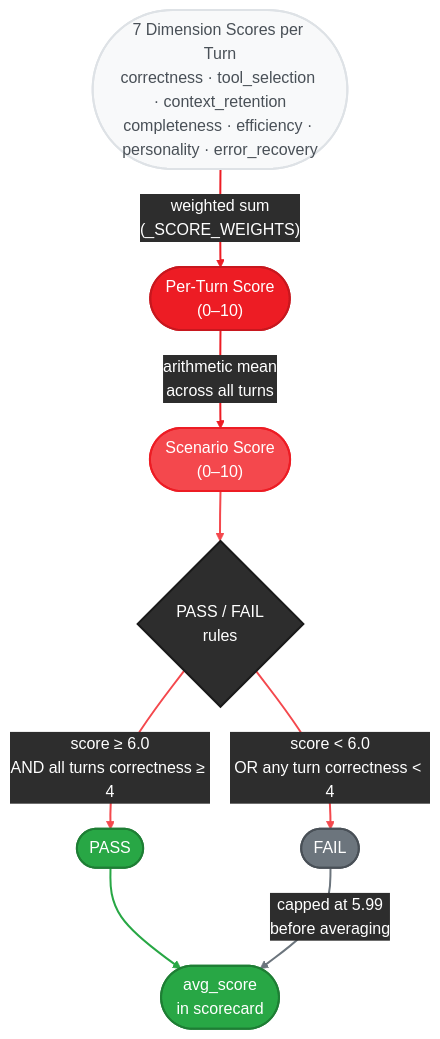
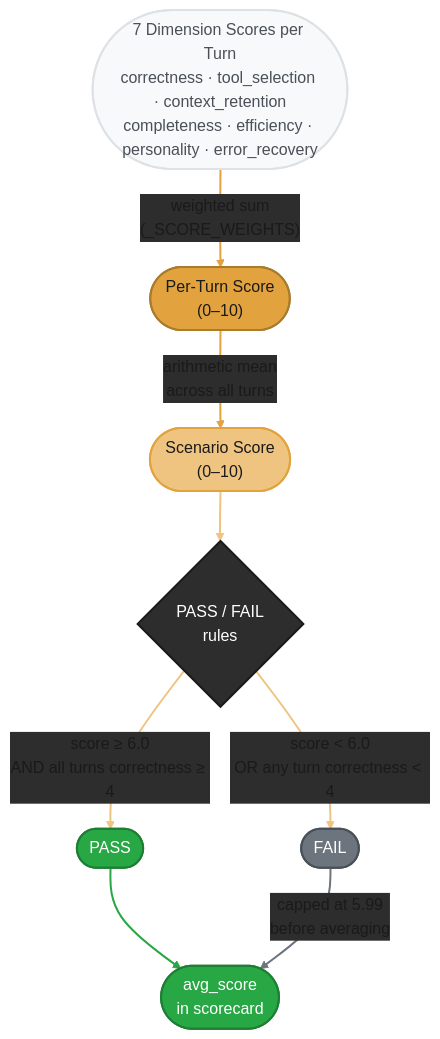
One commit to amd/gaia changed the third of 4 diagrams in docs/eval.mdx. Above: the diagram before and after it, drawn with Mermaid. The commit also changed other lines of this file and 37 other files, not shown here.

````diff
--- a/docs/eval.mdx
+++ b/docs/eval.mdx
@@ -162,27 +162,27 @@
 ```mermaid
-%%{init: {'theme':'base', 'themeVariables': { 'primaryColor':'#ED1C24', 'primaryTextColor':'#fff', 'primaryBorderColor':'#C8171E', 'lineColor':'#F4484D', 'secondaryColor':'#2d2d2d', 'tertiaryColor':'#f5f5f5', 'fontFamily': 'system-ui, -apple-system, sans-serif'}}}%%
+%%{init: {'theme':'base', 'themeVariables': { 'primaryColor':'#E2A33E', 'primaryTextColor':'#1a1a1a', 'primaryBorderColor':'#A87B2D', 'lineColor':'#EFC480', 'secondaryColor':'#2d2d2d', 'tertiaryColor':'#f5f5f5', 'fontFamily': 'system-ui, -apple-system, sans-serif'}}}%%
 flowchart TD
     DIM(["7 Dimension Scores per Turn\ncorrectness · tool_selection · context_retention\ncompleteness · efficiency · personality · error_recovery"]) -->|"weighted sum\n(_SCORE_WEIGHTS)"| PT(["Per-Turn Score\n(0–10)"])
 
     PT -->|"arithmetic mean\nacross all turns"| SS(["Scenario Score\n(0–10)"])
 
     SS --> RULES{"PASS / FAIL\nrules"}
     RULES -->|"score ≥ 6.0\nAND all turns correctness ≥ 4"| PASS(["PASS"])
     RULES -->|"score < 6.0\nOR any turn correctness < 4"| FAIL(["FAIL"])
 
     PASS --> AVG(["avg_score\nin scorecard"])
     FAIL -->|"capped at 5.99\nbefore averaging"| AVG
 
     style DIM fill:#f8f9fa,stroke:#dee2e6,stroke-width:2px,color:#495057
-    style PT fill:#ED1C24,stroke:#C8171E,stroke-width:2px,color:#fff
-    style SS fill:#F4484D,stroke:#ED1C24,stroke-width:2px,color:#fff
+    style PT fill:#E2A33E,stroke:#A87B2D,stroke-width:2px,color:#1a1a1a
+    style SS fill:#EFC480,stroke:#E2A33E,stroke-width:2px,color:#1a1a1a
     style RULES fill:#2d2d2d,stroke:#1a1a1a,stroke-width:2px,color:#fff
     style PASS fill:#28a745,stroke:#1e7e34,stroke-width:2px,color:#fff
     style FAIL fill:#6c757d,stroke:#495057,stroke-width:2px,color:#fff
     style AVG fill:#28a745,stroke:#1e7e34,stroke-width:2px,color:#fff
 
-    linkStyle 0,1 stroke:#ED1C24,stroke-width:2px
-    linkStyle 2,3,4 stroke:#F4484D,stroke-width:2px
+    linkStyle 0,1 stroke:#E2A33E,stroke-width:2px
+    linkStyle 2,3,4 stroke:#EFC480,stroke-width:2px
     linkStyle 5 stroke:#28a745,stroke-width:2px
     linkStyle 6 stroke:#6c757d,stroke-width:2px
 ```
````
